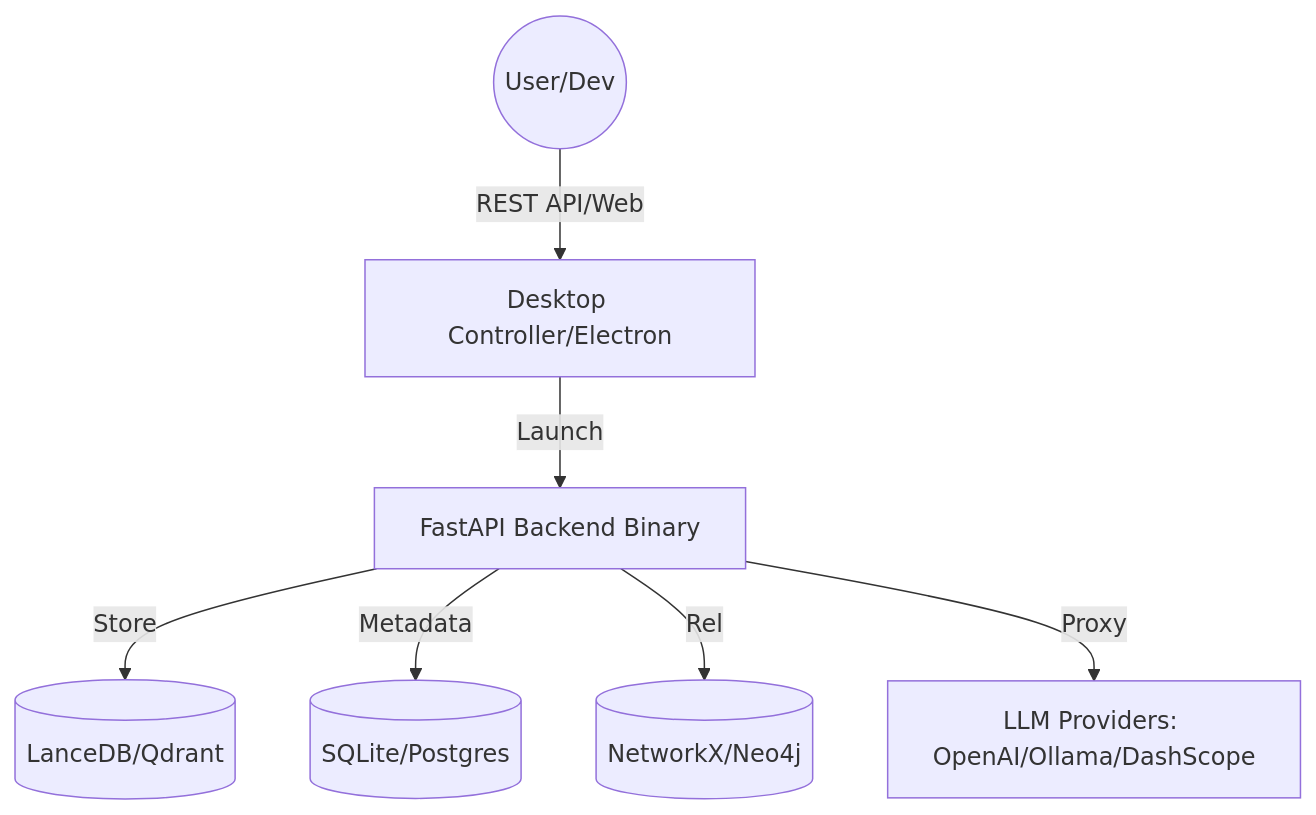
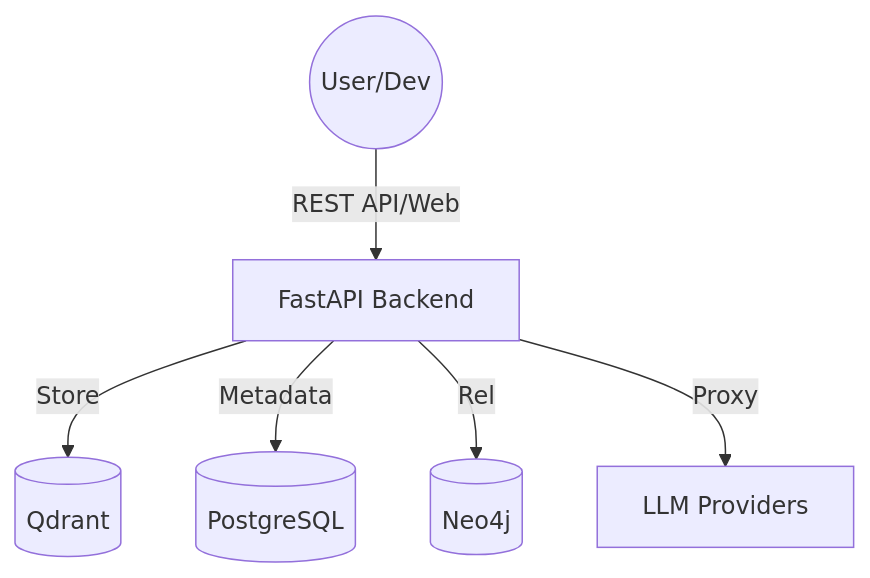
Before and after one commit to luogangan7-lgtm/ai-memory-os: the diagram in README.md, drawn with Mermaid. The commit also changed other lines of this file and 13 other files, not shown here.

````diff
--- a/README.md
+++ b/README.md
@@ -24,9 +23,8 @@
 ```mermaid
 graph TD
-    User((User/Dev)) -->|REST API/Web| Controller[Desktop Controller/Electron]
-    Controller -->|Launch| Backend[FastAPI Backend Binary]
-    Backend -->|Store| VectorDB[(LanceDB/Qdrant)]
-    Backend -->|Metadata| SQLite[(SQLite/Postgres)]
-    Backend -->|Rel| GraphDB[(NetworkX/Neo4j)]
-    Backend -->|Proxy| LLM[LLM Providers: OpenAI/Ollama/DashScope]
+    User((User/Dev)) -->|REST API/Web| Backend[FastAPI Backend]
+    Backend -->|Store| VectorDB[(Qdrant)]
+    Backend -->|Metadata| Postgres[(PostgreSQL)]
+    Backend -->|Rel| GraphDB[(Neo4j)]
+    Backend -->|Proxy| LLM[LLM Providers]
 ```
````
